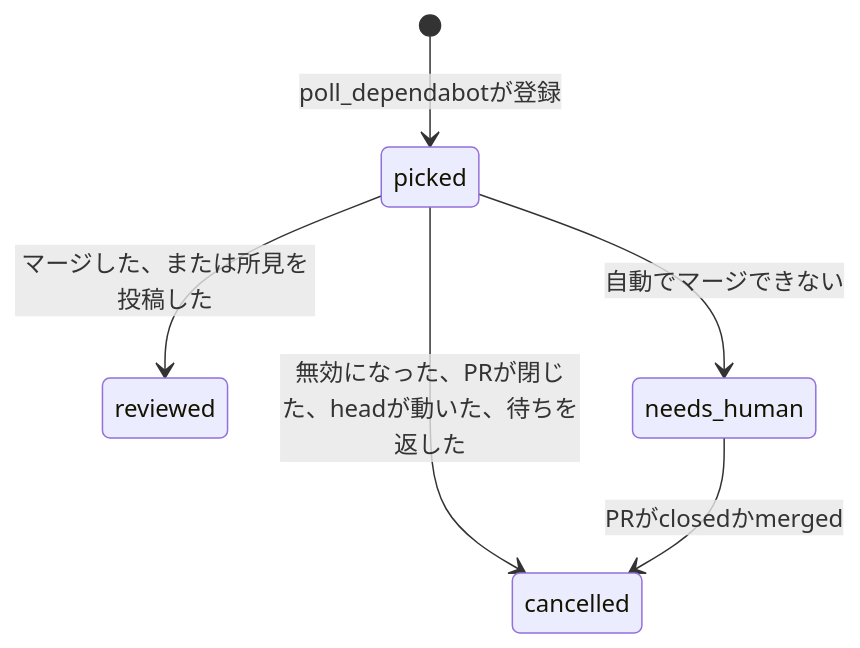
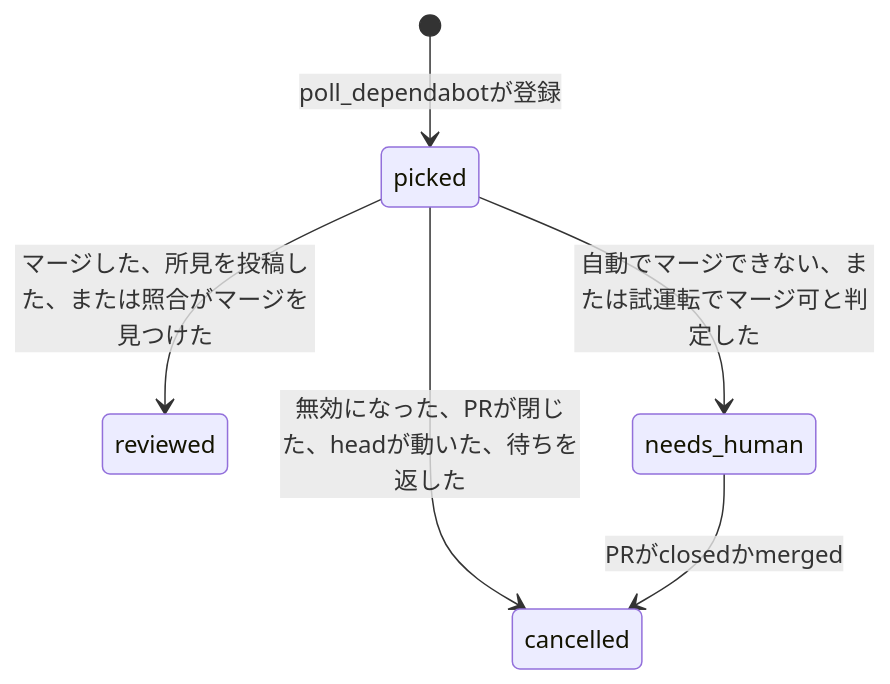
The fifth of 5 diagrams in docs/architecture.md (u-stem/atelier-works), drawn with Mermaid before and after one commit. The commit also changed other lines of this file and 25 other files, not shown here.

````diff
--- a/docs/architecture.md
+++ b/docs/architecture.md
@@ -175,8 +175,8 @@
 ```mermaid
 stateDiagram-v2
     [*] --> picked: poll_dependabotが登録
-    picked --> reviewed: マージした、または所見を投稿した
-    picked --> needs_human: 自動でマージできない
+    picked --> reviewed: マージした、所見を投稿した、または照合がマージを見つけた
+    picked --> needs_human: 自動でマージできない、または試運転でマージ可と判定した
     picked --> cancelled: 無効になった、PRが閉じた、headが動いた、待ちを返した
     needs_human --> cancelled: PRがclosedかmerged
 ```
````
